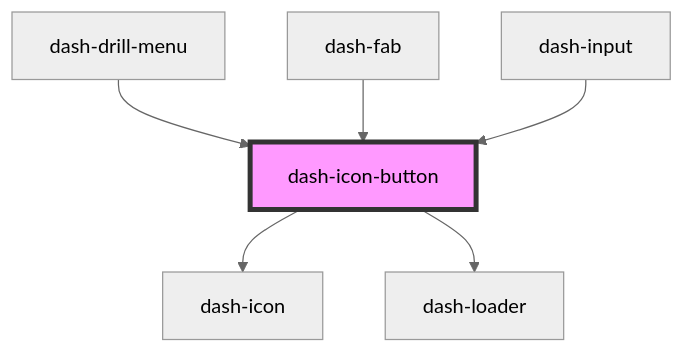
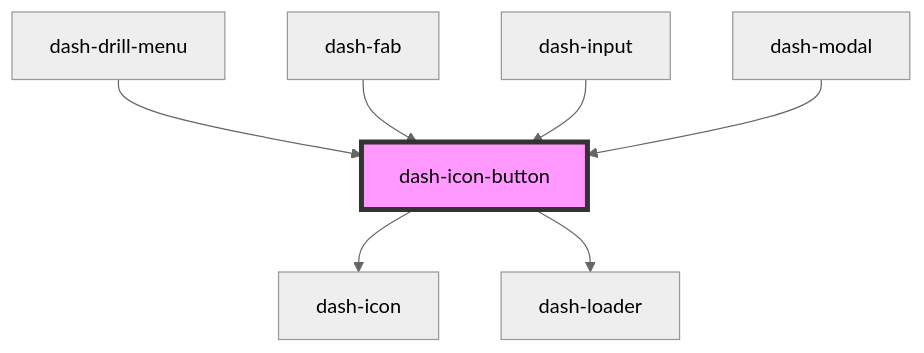
Before and after one commit to jmanke/dash: the diagram in packages/dash-components/src/components/dash-icon-button/readme.md, drawn with Mermaid (neutral theme). The commit also changed other lines of this file and 2 other files, not shown here.

````diff
--- a/packages/dash-components/src/components/dash-icon-button/readme.md
+++ b/packages/dash-components/src/components/dash-icon-button/readme.md
@@ -49,9 +50,10 @@
 ```mermaid
 graph TD;
   dash-icon-button --> dash-icon
   dash-icon-button --> dash-loader
   dash-drill-menu --> dash-icon-button
   dash-fab --> dash-icon-button
   dash-input --> dash-icon-button
+  dash-modal --> dash-icon-button
   style dash-icon-button fill:#f9f,stroke:#333,stroke-width:4px
 ```
````
